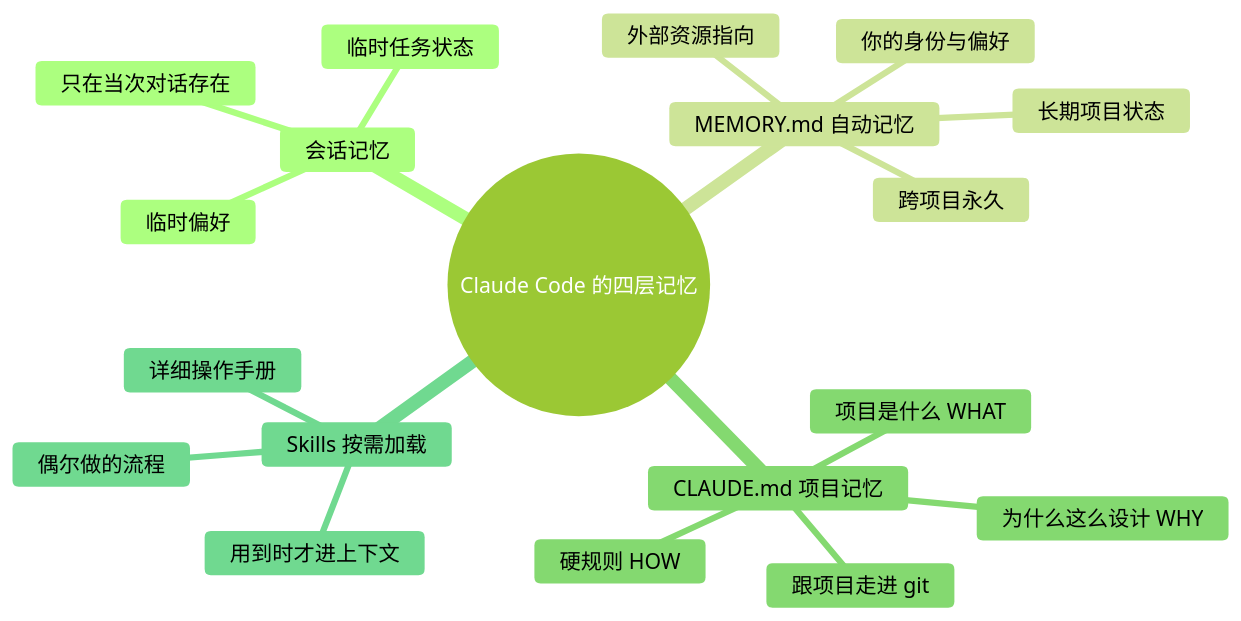
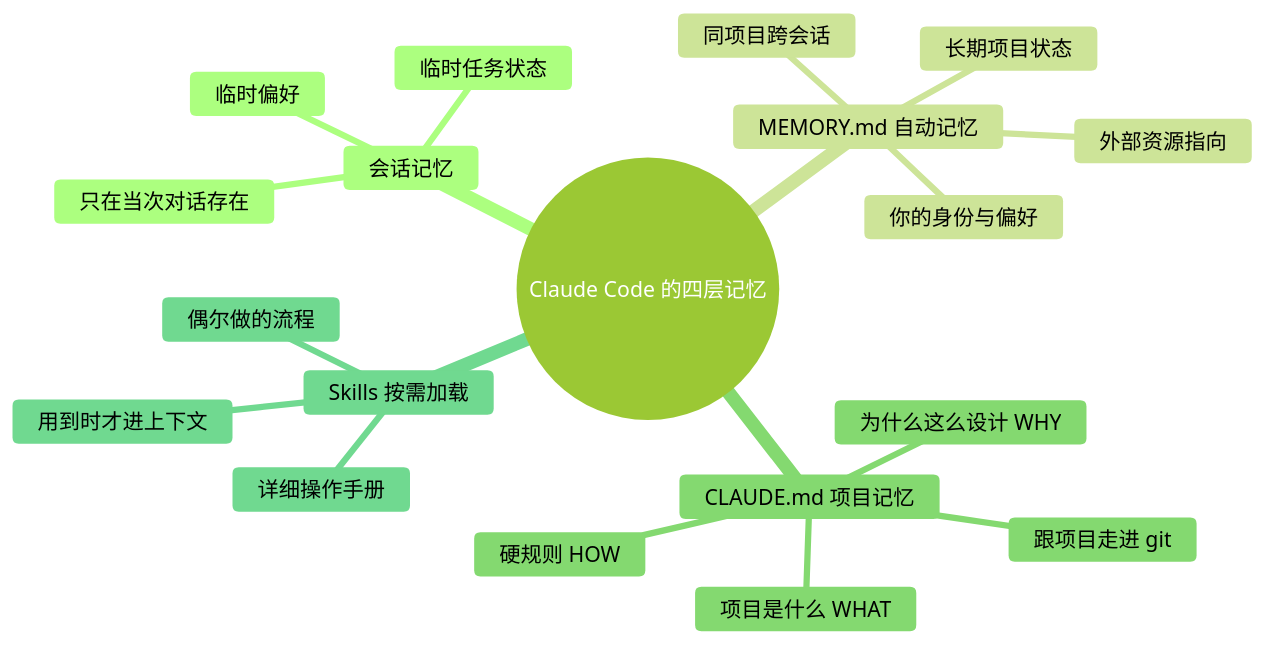
Before and after one commit to mali9527/claude-code-full-guide-for-beginners: the second of 2 diagrams in manuscript/part3-深度概念/13-三层记忆.md, drawn with Mermaid. The commit also changed other lines of this file and 130 other files, not shown here.

````diff
--- a/manuscript/part3-深度概念/13-三层记忆.md
+++ b/manuscript/part3-深度概念/13-三层记忆.md
@@ -83,30 +85,30 @@
 ```mermaid
 ---
 config:
   theme: forest
   themeVariables:
     fontFamily: "-apple-system, 'SF Pro Text', 'PingFang SC', 'Helvetica Neue', sans-serif"
     fontSize: "17px"
     lineColor: "#D9D9D9"
 ---
 mindmap
   root((Claude Code 的四层记忆))
     会话记忆
       只在当次对话存在
       临时任务状态
       临时偏好
     MEMORY.md 自动记忆
-      跨项目永久
+      同项目跨会话
       你的身份与偏好
       长期项目状态
       外部资源指向
     CLAUDE.md 项目记忆
       跟项目走进 git
       项目是什么 WHAT
       为什么这么设计 WHY
       硬规则 HOW
     Skills 按需加载
       用到时才进上下文
       偶尔做的流程
       详细操作手册
 ```
````
